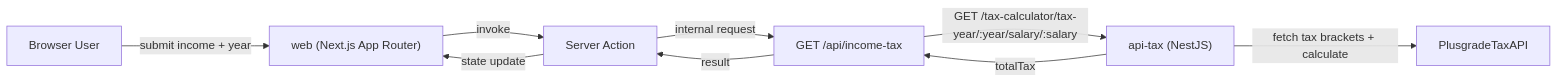
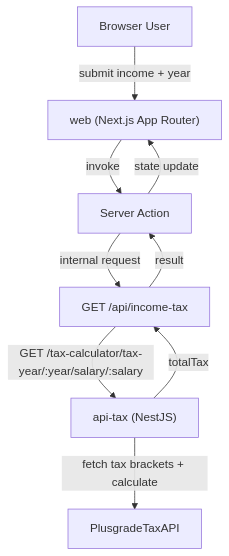
Before and after one commit to jonatassales/plusgrade: the diagram in apps/web/README.md, drawn with Mermaid. The commit also changed other lines of this file and 3 other files, not shown here.

````diff
--- a/apps/web/README.md
+++ b/apps/web/README.md
@@ -24,18 +24,18 @@
 ```mermaid
-flowchart LR
+flowchart TB
   user["Browser User"]
   web["web (Next.js App Router)"]
   action["Server Action"]
   route["GET /api/income-tax"]
   apiTax["api-tax (NestJS)"]
   plusgrade["PlusgradeTaxAPI"]
 
   user -->|"submit income + year"| web
   web -->|"invoke"| action
   action -->|"internal request"| route
   route -->|"GET /tax-calculator/tax-year/:year/salary/:salary"| apiTax
   apiTax -->|"fetch tax brackets + calculate"| plusgrade
   apiTax -->|"totalTax"| route
   route -->|"result"| action
   action -->|"state update"| web
 ```
````
